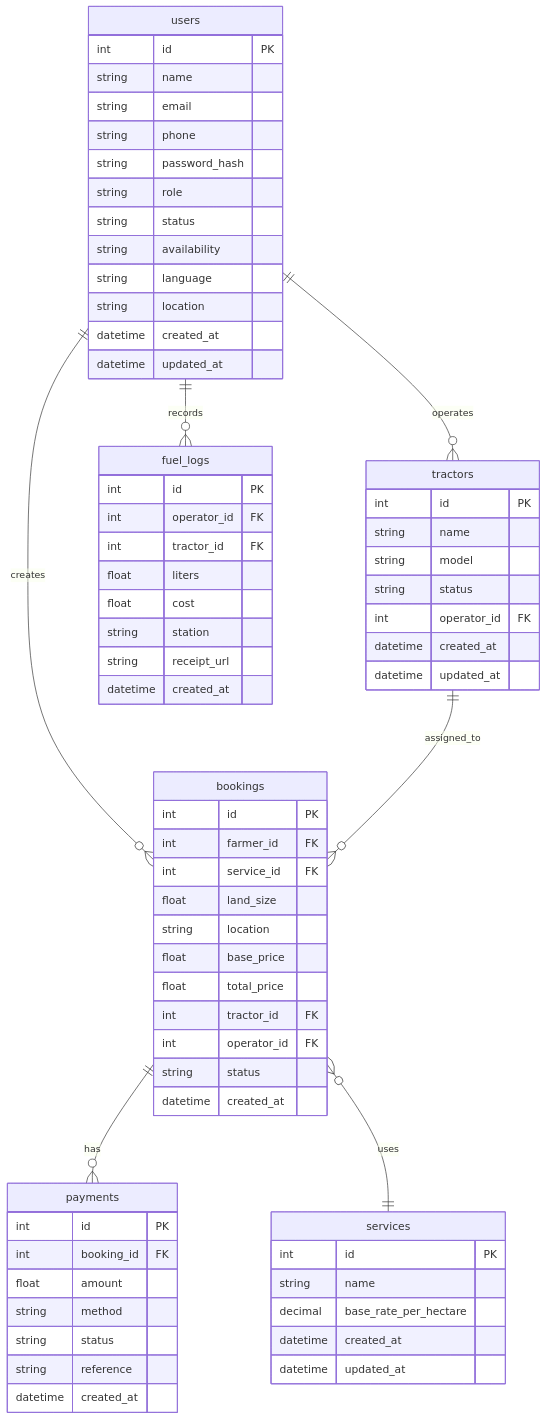
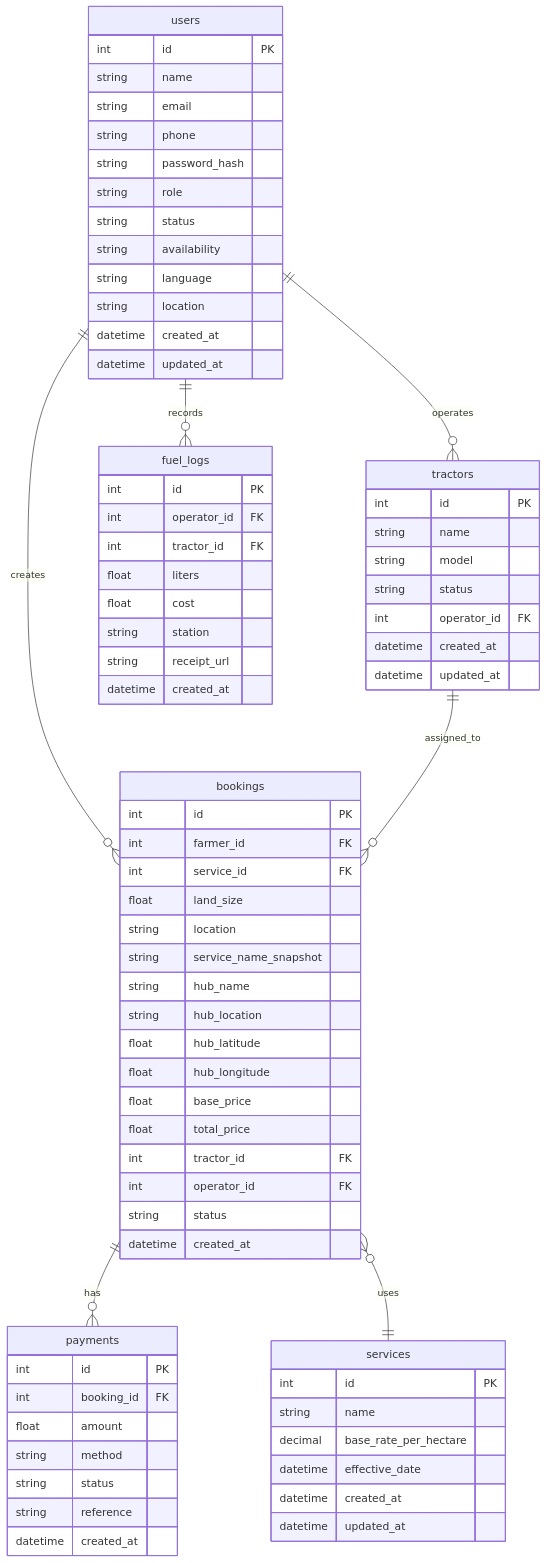
The diagram in tractor-backend/docs/DATABASE.md (patel5656/tractor), drawn with Mermaid before and after one commit. The commit also changed other lines of this file and 44 other files, not shown here.

```diff
--- a/tractor-backend/docs/DATABASE.md
+++ b/tractor-backend/docs/DATABASE.md
@@ -58,6 +58,7 @@
         int id PK
         string name
         decimal base_rate_per_hectare
+        datetime effective_date
         datetime created_at
         datetime updated_at
     }
@@ -68,6 +69,11 @@
         int service_id FK
         float land_size
         string location
+        string service_name_snapshot
+        string hub_name
+        string hub_location
+        float hub_latitude
+        float hub_longitude
         float base_price
         float total_price
         int tractor_id FK
```
